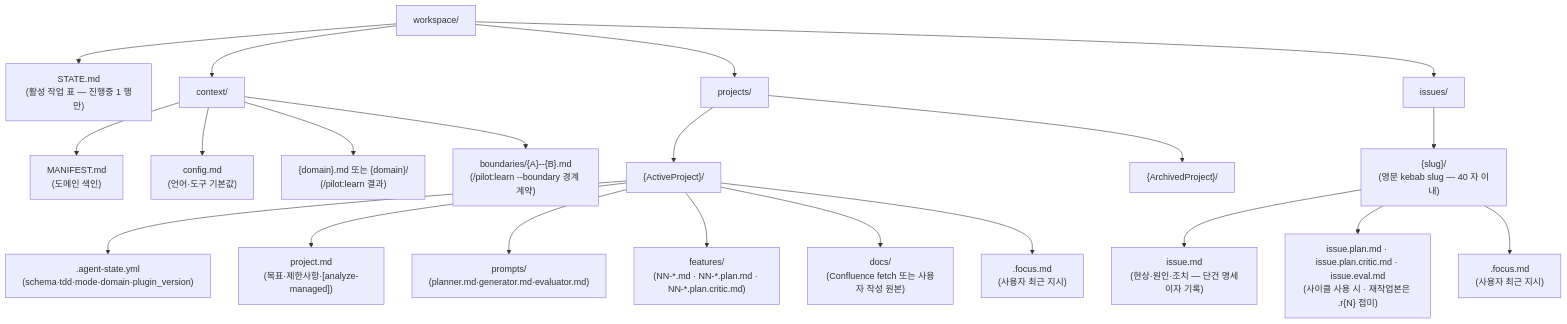
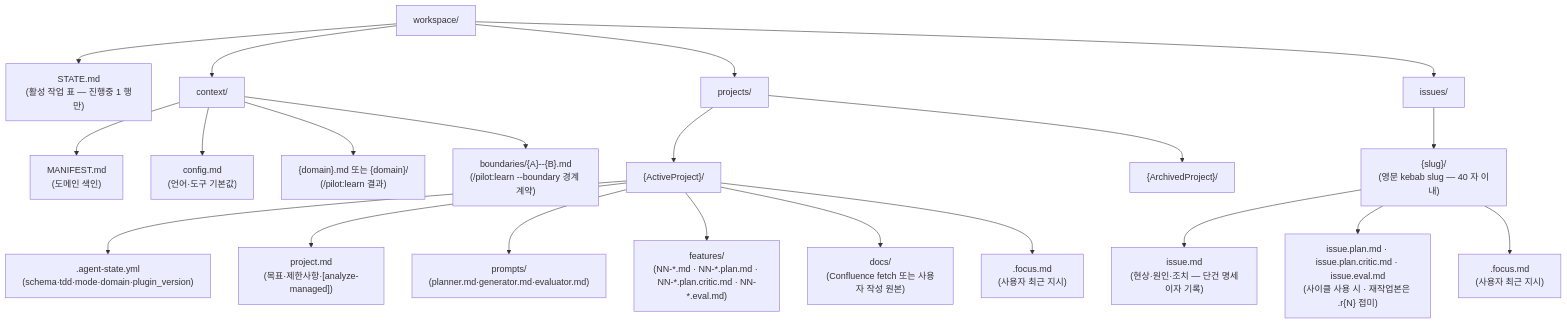
The diagram in pilot/docs/explanation/workspace-layout.md (radiostart/claude-plugins), drawn with Mermaid before and after one commit. The commit also changed other lines of this file and 3 other files, not shown here.

Commit message:
feat: 프로젝트 모드 evaluator REPORT 를 features/NN-*.eval.md 로 영속화

````diff
--- a/pilot/docs/explanation/workspace-layout.md
+++ b/pilot/docs/explanation/workspace-layout.md
@@ -7,52 +7,52 @@
 ```mermaid
 graph TD
     WS[workspace/]
     STATE["STATE.md<br/>(활성 작업 표 — 진행중 1 행만)"]
     CTX[context/]
     PROJS[projects/]
     ISSUES[issues/]
 
     WS --> STATE
     WS --> CTX
     WS --> PROJS
     WS --> ISSUES
 
     CTX_MANIFEST["MANIFEST.md<br/>(도메인 색인)"]
     CTX_CONFIG["config.md<br/>(언어·도구 기본값)"]
     CTX_DOMAINS["{domain}.md 또는 {domain}/<br/>(/pilot:learn 결과)"]
     CTX_BOUNDARIES["boundaries/{A}--{B}.md<br/>(/pilot:learn --boundary 경계 계약)"]
     CTX --> CTX_MANIFEST
     CTX --> CTX_CONFIG
     CTX --> CTX_DOMAINS
     CTX --> CTX_BOUNDARIES
 
     P1["{ActiveProject}/"]
     P2["{ArchivedProject}/"]
     PROJS --> P1
     PROJS --> P2
 
     P1_STATE[".agent-state.yml<br/>(schema·tdd·mode·domain·plugin_version)"]
     P1_PROJECT["project.md<br/>(목표·제한사항·[analyze-managed])"]
     P1_PROMPTS["prompts/<br/>(planner.md·generator.md·evaluator.md)"]
-    P1_FEATURES["features/<br/>(NN-*.md · NN-*.plan.md · NN-*.plan.critic.md)"]
+    P1_FEATURES["features/<br/>(NN-*.md · NN-*.plan.md · NN-*.plan.critic.md · NN-*.eval.md)"]
     P1_DOCS["docs/<br/>(Confluence fetch 또는 사용자 작성 원본)"]
     P1_FOCUS[".focus.md<br/>(사용자 최근 지시)"]
 
     P1 --> P1_STATE
     P1 --> P1_PROJECT
     P1 --> P1_PROMPTS
     P1 --> P1_FEATURES
     P1 --> P1_DOCS
     P1 --> P1_FOCUS
 
     I1["{slug}/<br/>(영문 kebab slug — 40 자 이내)"]
     ISSUES --> I1
 
     I1_ISSUE["issue.md<br/>(현상·원인·조치 — 단건 명세이자 기록)"]
     I1_CYCLE["issue.plan.md · issue.plan.critic.md · issue.eval.md<br/>(사이클 사용 시 · 재작업본은 .r{N} 접미)"]
     I1_FOCUS[".focus.md<br/>(사용자 최근 지시)"]
 
     I1 --> I1_ISSUE
     I1 --> I1_CYCLE
     I1 --> I1_FOCUS
 ```
````
